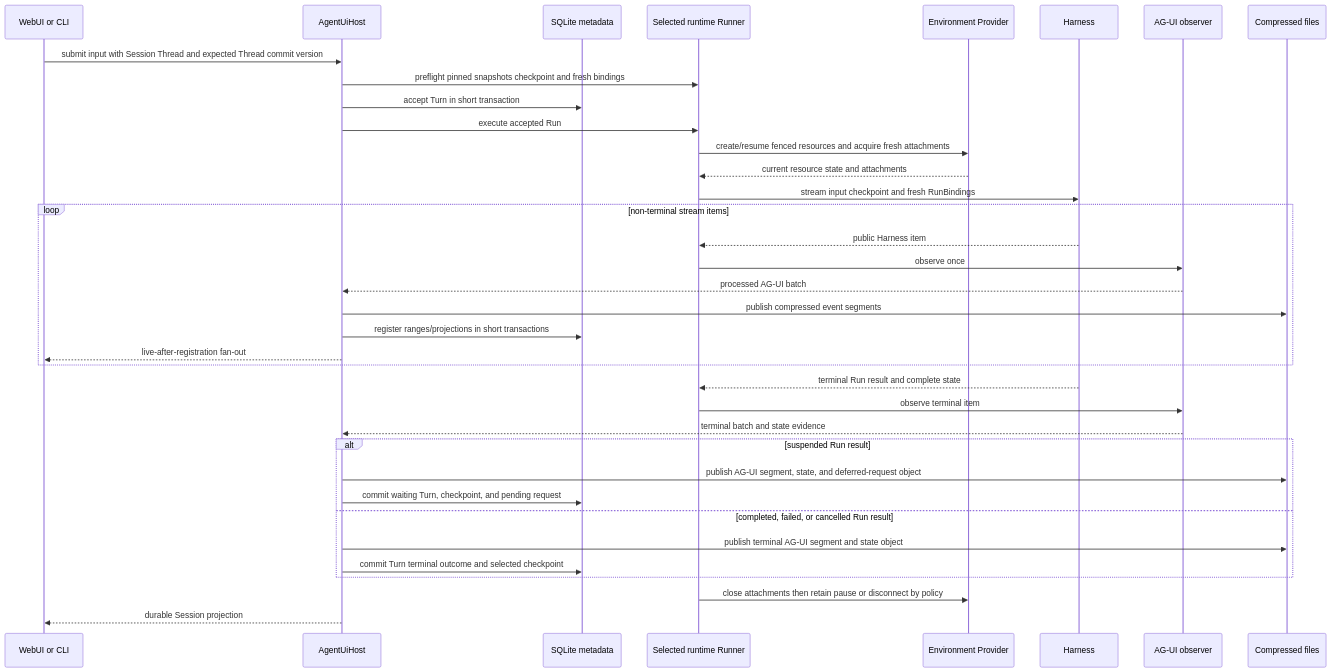
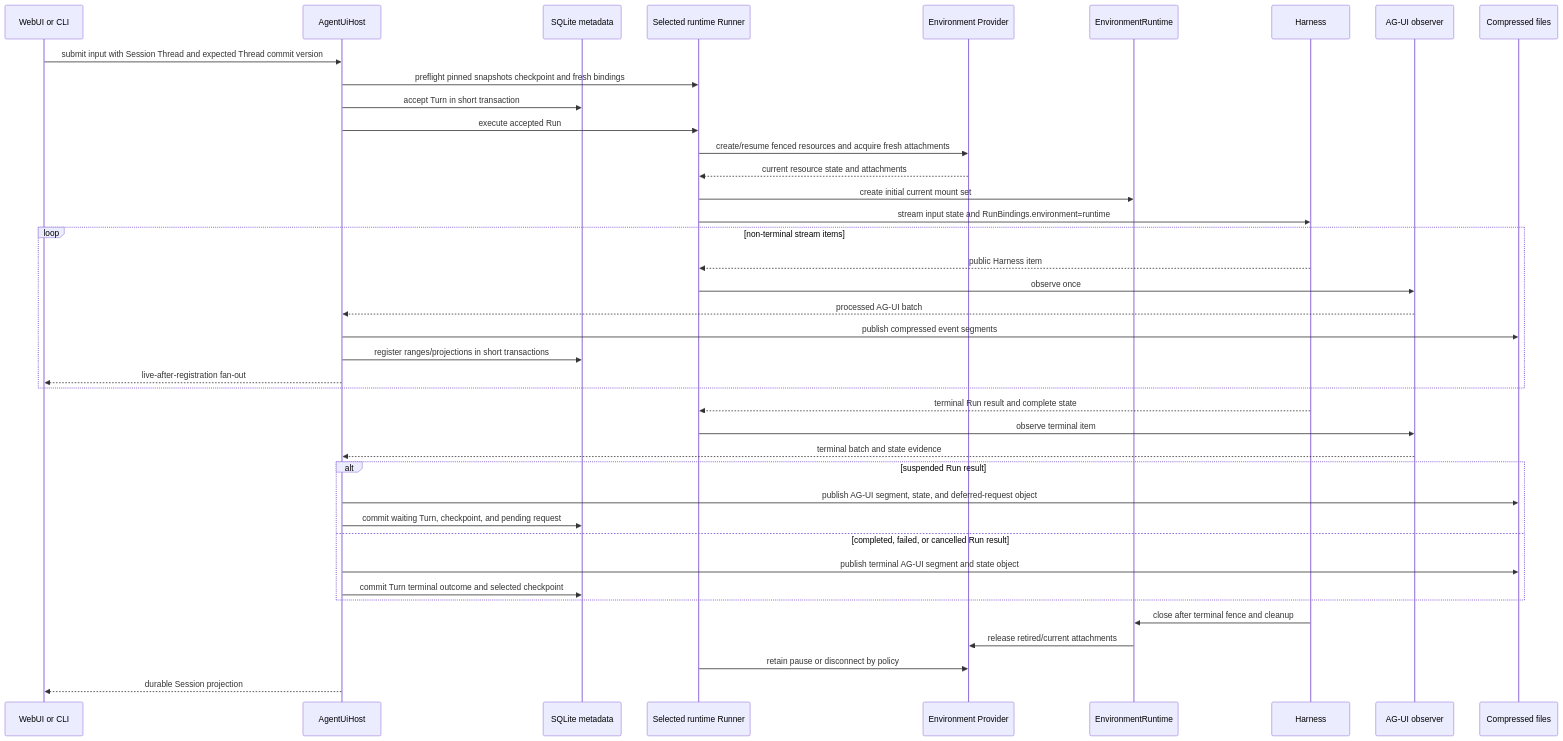
One commit to LTThreeComma/agent-foundation changed the third of 3 diagrams in spec/agent-ui/00-overview.md. Above: the diagram before and after it, drawn with Mermaid. The commit also changed other lines of this file and 135 other files, not shown here.

Commit message:
refactor(environment): adopt runtime mount model (#56)

````diff
--- a/spec/agent-ui/00-overview.md
+++ b/spec/agent-ui/00-overview.md
@@ -165,39 +165,43 @@
 ```mermaid
 sequenceDiagram
     participant Surface as WebUI or CLI
     participant Host as AgentUiHost
     participant DB as SQLite metadata
     participant Runner as Selected runtime Runner
     participant Provider as Environment Provider
+    participant Runtime as EnvironmentRuntime
     participant Harness
     participant AGUI as AG-UI observer
     participant Files as Compressed files
 
     Surface->>Host: submit input with Session Thread and expected Thread commit version
     Host->>Runner: preflight pinned snapshots checkpoint and fresh bindings
     Host->>DB: accept Turn in short transaction
     Host->>Runner: execute accepted Run
     Runner->>Provider: create/resume fenced resources and acquire fresh attachments
     Provider-->>Runner: current resource state and attachments
-    Runner->>Harness: stream input checkpoint and fresh RunBindings
+    Runner->>Runtime: create initial current mount set
+    Runner->>Harness: stream input state and RunBindings.environment=runtime
     loop non-terminal stream items
         Harness-->>Runner: public Harness item
         Runner->>AGUI: observe once
         AGUI-->>Host: processed AG-UI batch
         Host->>Files: publish compressed event segments
         Host->>DB: register ranges/projections in short transactions
         Host-->>Surface: live-after-registration fan-out
     end
     Harness-->>Runner: terminal Run result and complete state
     Runner->>AGUI: observe terminal item
     AGUI-->>Host: terminal batch and state evidence
     alt suspended Run result
         Host->>Files: publish AG-UI segment, state, and deferred-request object
         Host->>DB: commit waiting Turn, checkpoint, and pending request
     else completed, failed, or cancelled Run result
         Host->>Files: publish terminal AG-UI segment and state object
         Host->>DB: commit Turn terminal outcome and selected checkpoint
     end
-    Runner->>Provider: close attachments then retain pause or disconnect by policy
+    Harness->>Runtime: close after terminal fence and cleanup
+    Runtime->>Provider: release retired/current attachments
+    Runner->>Provider: retain pause or disconnect by policy
     Host-->>Surface: durable Session projection
 ```
````
